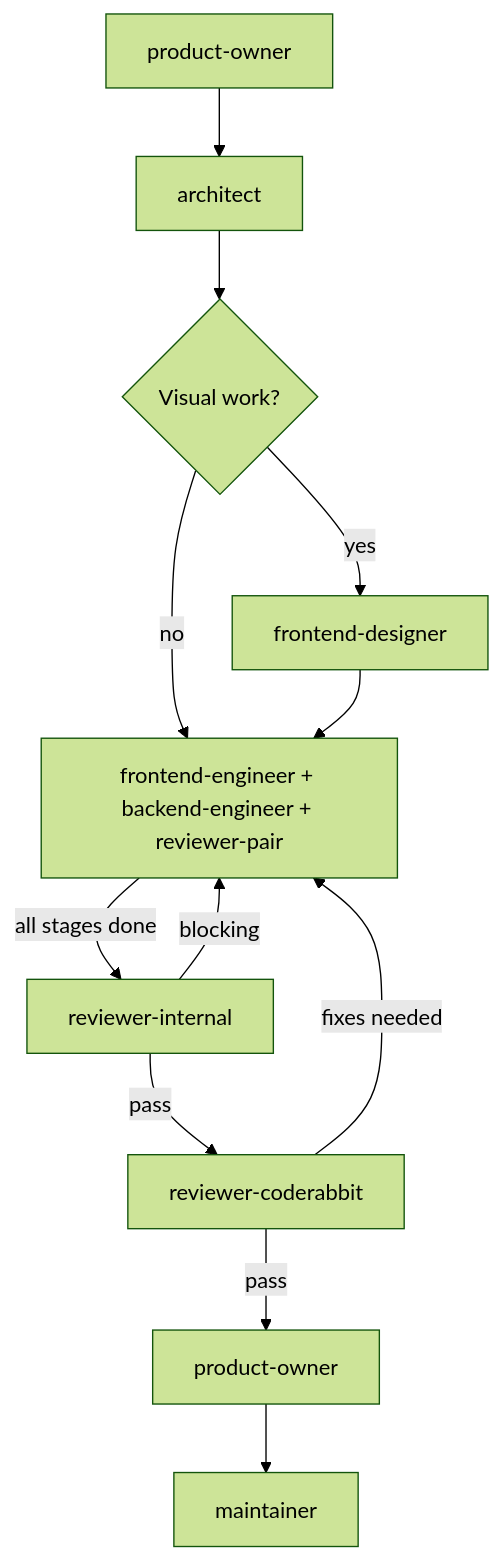
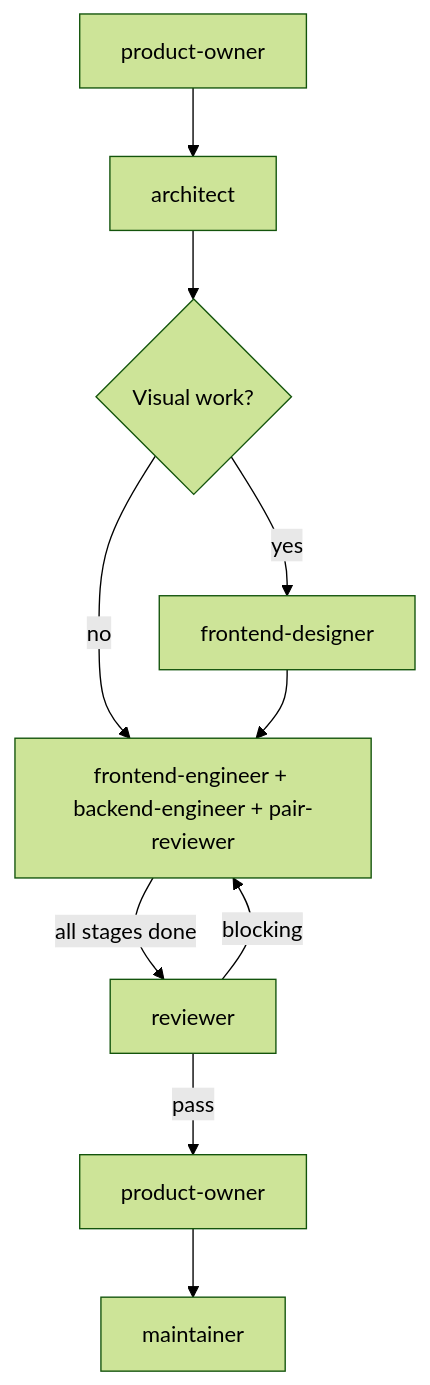
Before and after one commit to thiscantbeserious/ragts-learning-platform: the diagram in agents/skills/workflow/variants/full-stack.md, drawn with Mermaid (forest theme). The commit also changed other lines of this file and 10 other files, not shown here.

First line of the commit message:
chore(agents): consolidate reviewer agents, rename pair reviewer

````diff
--- a/agents/skills/workflow/variants/full-stack.md
+++ b/agents/skills/workflow/variants/full-stack.md
@@ -5,14 +5,12 @@
 ```mermaid
 graph TD
     PO1[product-owner] --> Arch[architect]
     Arch --> Des{Visual work?}
     Des -->|yes| FD[frontend-designer]
     Des -->|no| Impl
-    FD --> Impl[frontend-engineer + backend-engineer + reviewer-pair]
-    Impl -->|all stages done| IR[reviewer-internal]
-    IR -->|pass| CR[reviewer-coderabbit]
-    IR -->|blocking| Impl
-    CR -->|pass| PO2[product-owner]
-    CR -->|fixes needed| Impl
+    FD --> Impl[frontend-engineer + backend-engineer + pair-reviewer]
+    Impl -->|all stages done| Rev[reviewer]
+    Rev -->|pass| PO2[product-owner]
+    Rev -->|blocking| Impl
     PO2 --> M[maintainer]
 ```
````
